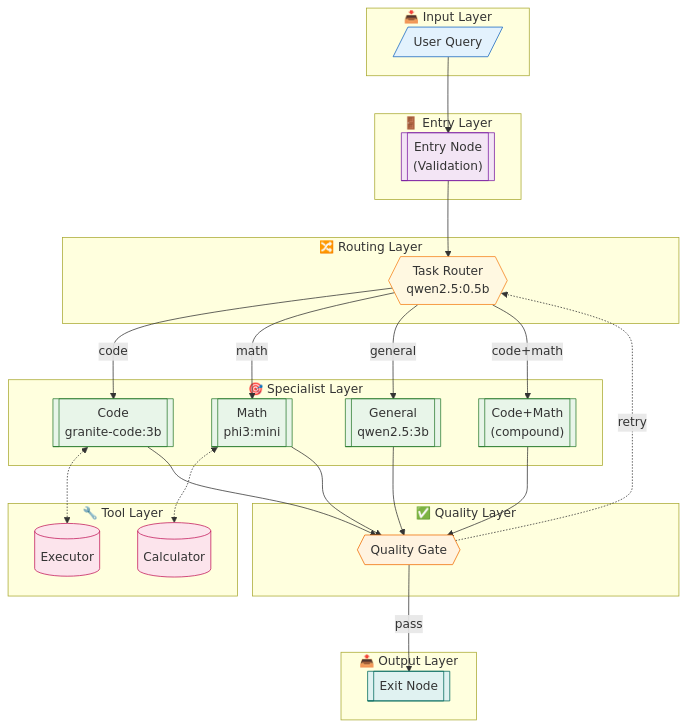
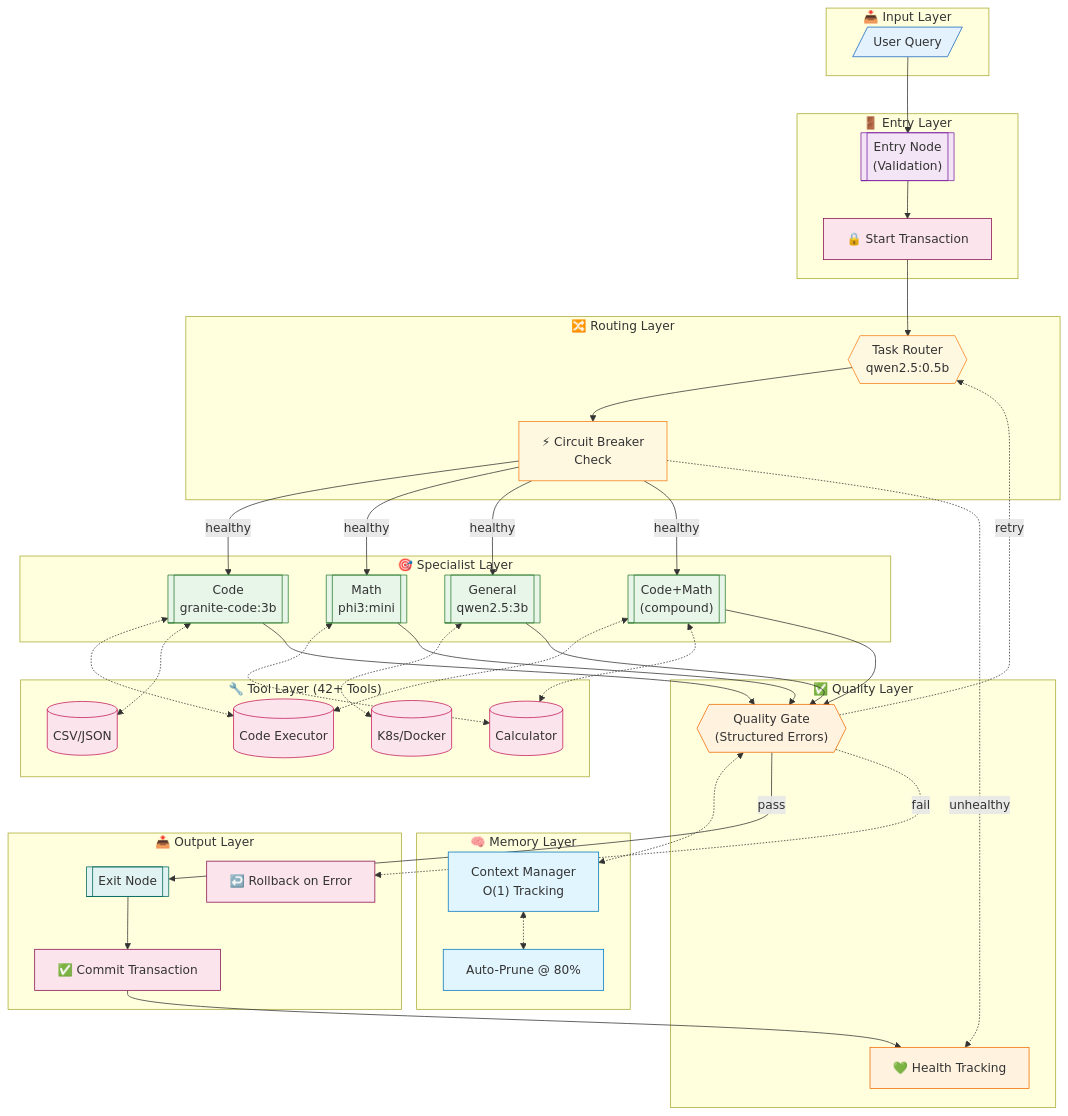
Before and after one commit to ndjstn/tinyllm: the second of 8 diagrams in README.md, drawn with Mermaid. The commit also changed other lines of this file, not shown here.

First line of the commit message:
docs(readme): comprehensive overhaul with new architecture diagrams

````diff
--- a/README.md
+++ b/README.md
@@ -200,10 +204,12 @@
 
     subgraph Entry["🚪 Entry Layer"]
         ENTRY[["Entry Node\n(Validation)"]]
+        TX["🔒 Start Transaction"]
     end
 
     subgraph Routing["🔀 Routing Layer"]
         ROUTER{{"Task Router\nqwen2.5:0.5b"}}
+        CB["⚡ Circuit Breaker\nCheck"]
     end
 
     subgraph Specialists["🎯 Specialist Layer"]
@@ -213,34 +219,52 @@
         CODEMATH[["Code+Math\n(compound)"]]
     end
 
-    subgraph Tools["🔧 Tool Layer"]
+    subgraph Tools["🔧 Tool Layer (42+ Tools)"]
         CALC[("Calculator")]
-        EXEC[("Executor")]
+        EXEC[("Code Executor")]
+        DATA[("CSV/JSON")]
+        CLOUD[("K8s/Docker")]
     end
 
     subgraph Quality["✅ Quality Layer"]
-        GATE{{"Quality Gate"}}
+        GATE{{"Quality Gate\n(Structured Errors)"}}
+        HEALTH["💚 Health Tracking"]
+    end
+
+    subgraph Memory["🧠 Memory Layer"]
+        CTX["Context Manager\nO(1) Tracking"]
+        PRUNE["Auto-Prune @ 80%"]
     end
 
     subgraph Output["📤 Output Layer"]
         EXIT[["Exit Node"]]
+        COMMIT["✅ Commit Transaction"]
+        ROLLBACK["↩️ Rollback on Error"]
     end
 
     USER --> ENTRY
-    ENTRY --> ROUTER
+    ENTRY --> TX
+    TX --> ROUTER
+    ROUTER --> CB
 
-    ROUTER -->|code| CODE
-    ROUTER -->|math| MATH
-    ROUTER -->|general| GENERAL
-    ROUTER -->|"code+math"| CODEMATH
+    CB -->|healthy| CODE & MATH & GENERAL & CODEMATH
+    CB -.->|unhealthy| HEALTH
 
-    CODE <-.-> EXEC
+    CODE <-.-> EXEC & DATA
     MATH <-.-> CALC
+    GENERAL <-.-> CLOUD
+    CODEMATH <-.-> EXEC & CALC
 
     CODE & MATH & GENERAL & CODEMATH --> GATE
+    GATE <-.-> CTX
+    CTX <-.-> PRUNE
 
     GATE -->|pass| EXIT
     GATE -.->|retry| ROUTER
+    GATE -.->|fail| ROLLBACK
+
+    EXIT --> COMMIT
+    COMMIT --> HEALTH
 
     classDef input fill:#e3f2fd,stroke:#1565c0
     classDef entry fill:#f3e5f5,stroke:#7b1fa2
@@ -248,13 +272,17 @@
     classDef specialist fill:#e8f5e9,stroke:#2e7d32
     classDef tool fill:#fce4ec,stroke:#c2185b
     classDef quality fill:#fff3e0,stroke:#ef6c00
+    classDef memory fill:#e1f5fe,stroke:#0277bd
     classDef output fill:#e0f2f1,stroke:#00695c
+    classDef transaction fill:#fce4ec,stroke:#880e4f
 
     class USER input
     class ENTRY entry
-    class ROUTER router
+    class TX,COMMIT,ROLLBACK transaction
+    class ROUTER,CB router
     class CODE,MATH,GENERAL,CODEMATH specialist
-    class CALC,EXEC tool
-    class GATE quality
+    class CALC,EXEC,DATA,CLOUD tool
+    class GATE,HEALTH quality
+    class CTX,PRUNE memory
     class EXIT output
 ```
````
